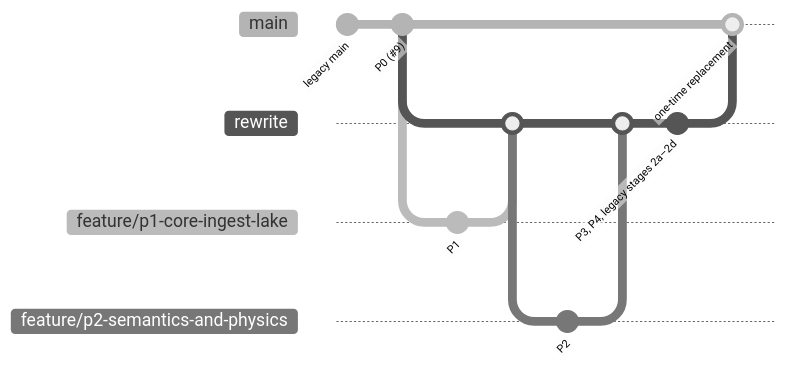
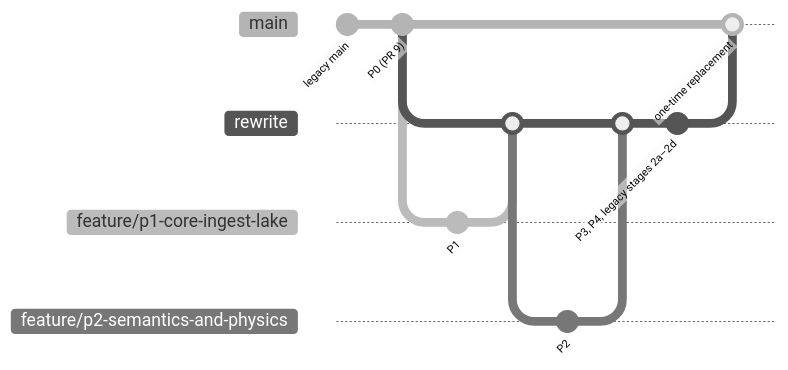
One commit to IgniteRobotics/flashpoint changed the second of 2 diagrams in docs/rewrite/06-roadmap.md. Above: the diagram before and after it, drawn with Mermaid (neutral theme). The commit also changed other lines of this file and 21 other files, not shown here.

````diff
--- a/docs/rewrite/06-roadmap.md
+++ b/docs/rewrite/06-roadmap.md
@@ -271,17 +271,17 @@
 ```mermaid
 gitGraph
     commit id: "legacy main"
-    commit id: "P0 (#9)"
+    commit id: "P0 (PR 9)"
     branch rewrite
     branch feature/p1-core-ingest-lake
     commit id: "P1"
     checkout rewrite
     merge feature/p1-core-ingest-lake
     branch feature/p2-semantics-and-physics
     commit id: "P2"
     checkout rewrite
     merge feature/p2-semantics-and-physics
     commit id: "P3, P4, legacy stages 2a–2d"
     checkout main
     merge rewrite id: "one-time replacement"
 ```
````
